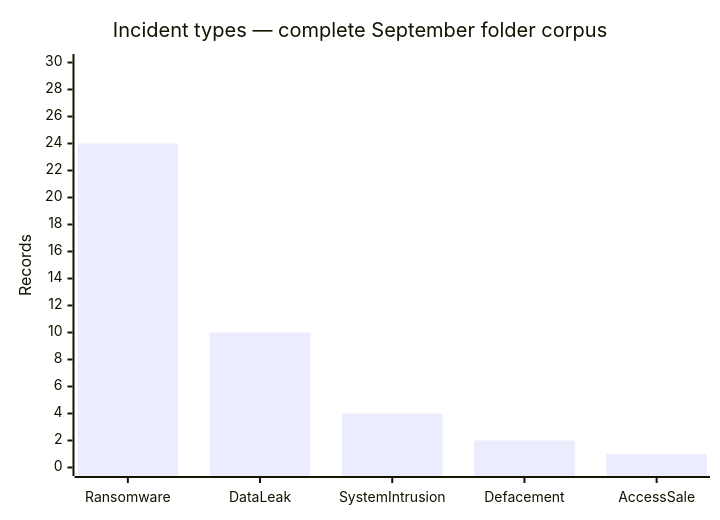
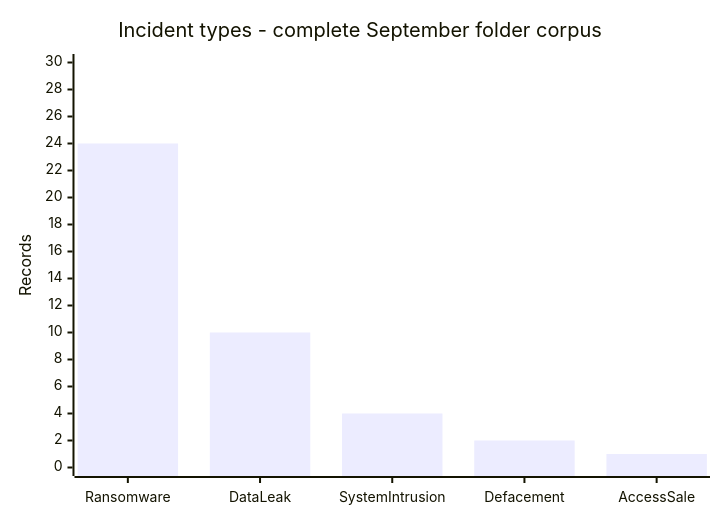
The third of 10 diagrams in CyberAttackAfrica/2026/09-september/README.md (Hatchepsoute/AFRINTEL), drawn with Mermaid before and after one commit. The commit also changed other lines of this file and 35 other files, not shown here.

````diff
--- a/CyberAttackAfrica/2026/09-september/README.md
+++ b/CyberAttackAfrica/2026/09-september/README.md
@@ -101,7 +101,7 @@
 ```mermaid
 xychart-beta
-    title "Incident types — complete September folder corpus"
+    title "Incident types  -  complete September folder corpus"
     x-axis [Ransomware, DataLeak, SystemIntrusion, Defacement, AccessSale]
     y-axis "Records" 0 --> 30
     bar [24, 10, 4, 2, 1]
 ```
````
